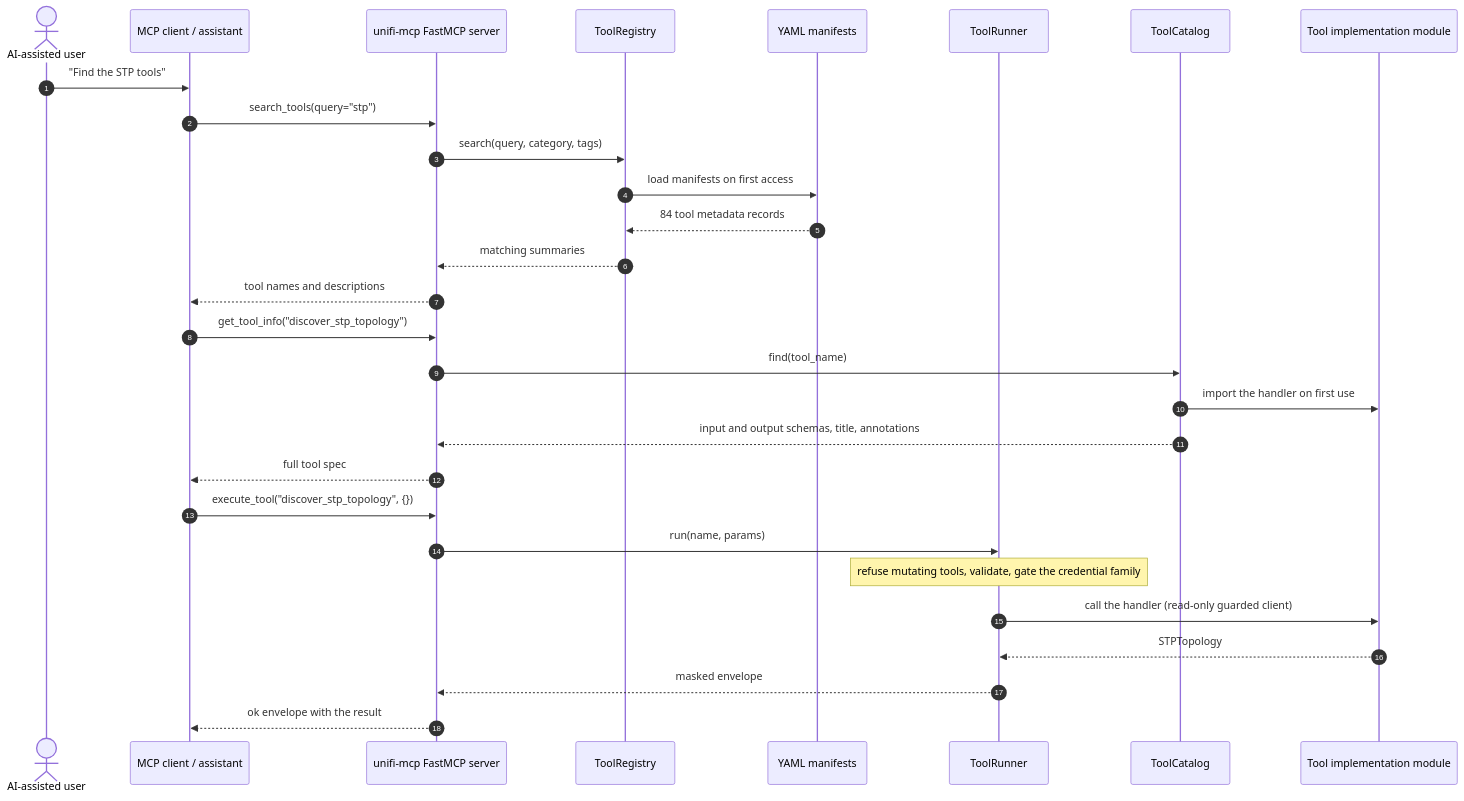
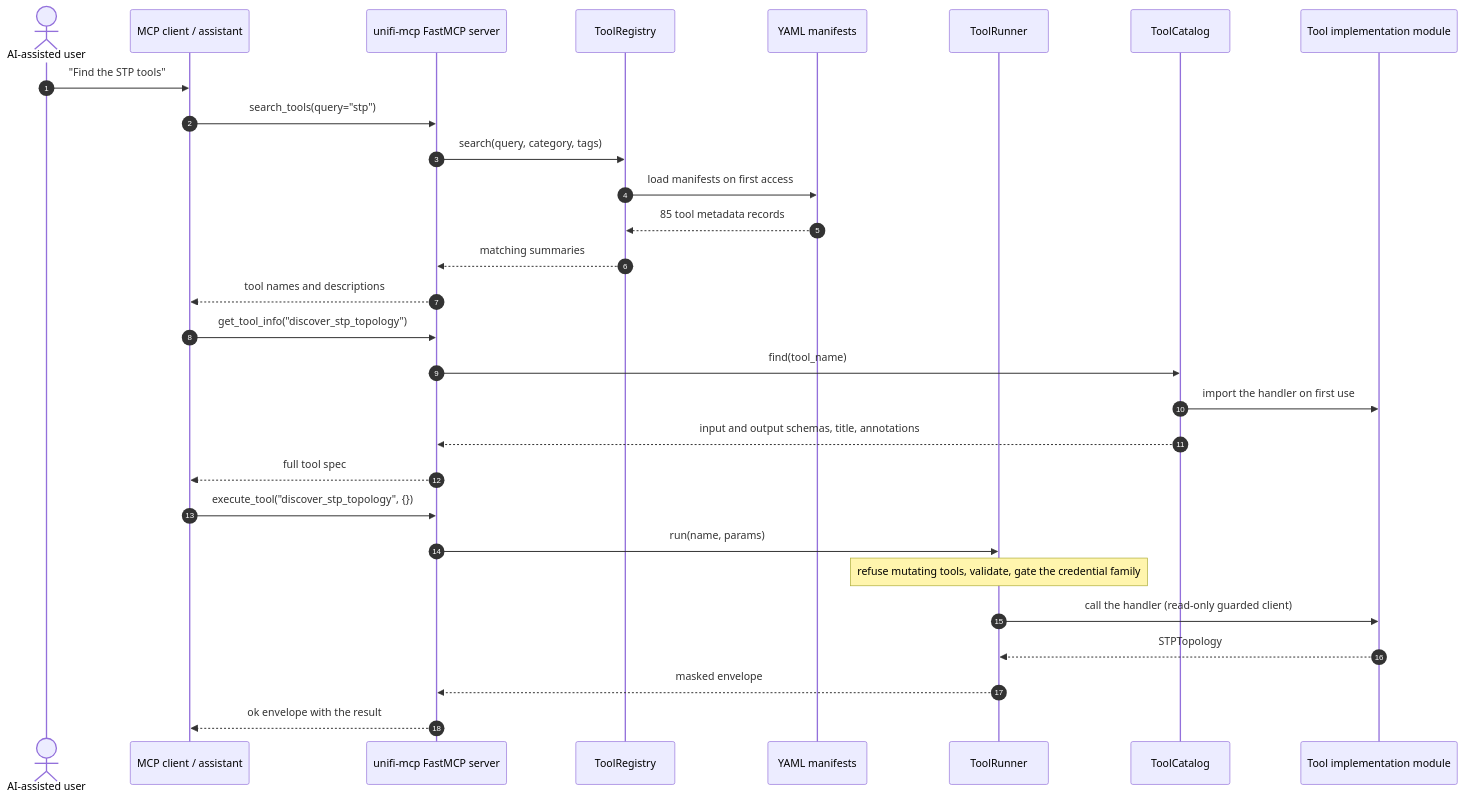
Diagram 26 of 26 in docs/architecture/c4-architecture.md (NetDevAutomate/unifi_management_cli), drawn with Mermaid before and after one commit. The commit also changed other lines of this file and 14 other files, not shown here.

````diff
--- a/docs/architecture/c4-architecture.md
+++ b/docs/architecture/c4-architecture.md
@@ -1271,32 +1271,32 @@
 ```mermaid
 sequenceDiagram
     autonumber
     actor User as AI-assisted user
     participant Assistant as MCP client / assistant
     participant Server as unifi-mcp FastMCP server
     participant Registry as ToolRegistry
     participant Manifest as YAML manifests
     participant Runner as ToolRunner
     participant Catalog as ToolCatalog
     participant Tool as Tool implementation module
 
     User->>Assistant: "Find the STP tools"
     Assistant->>Server: search_tools(query="stp")
     Server->>Registry: search(query, category, tags)
     Registry->>Manifest: load manifests on first access
-    Manifest-->>Registry: 84 tool metadata records
+    Manifest-->>Registry: 85 tool metadata records
     Registry-->>Server: matching summaries
     Server-->>Assistant: tool names and descriptions
     Assistant->>Server: get_tool_info("discover_stp_topology")
     Server->>Catalog: find(tool_name)
     Catalog->>Tool: import the handler on first use
     Catalog-->>Server: input and output schemas, title, annotations
     Server-->>Assistant: full tool spec
     Assistant->>Server: execute_tool("discover_stp_topology", {})
     Server->>Runner: run(name, params)
     Note over Runner: refuse mutating tools, validate, gate the credential family
     Runner->>Tool: call the handler (read-only guarded client)
     Tool-->>Runner: STPTopology
     Runner-->>Server: masked envelope
     Server-->>Assistant: ok envelope with the result
 ```
````
